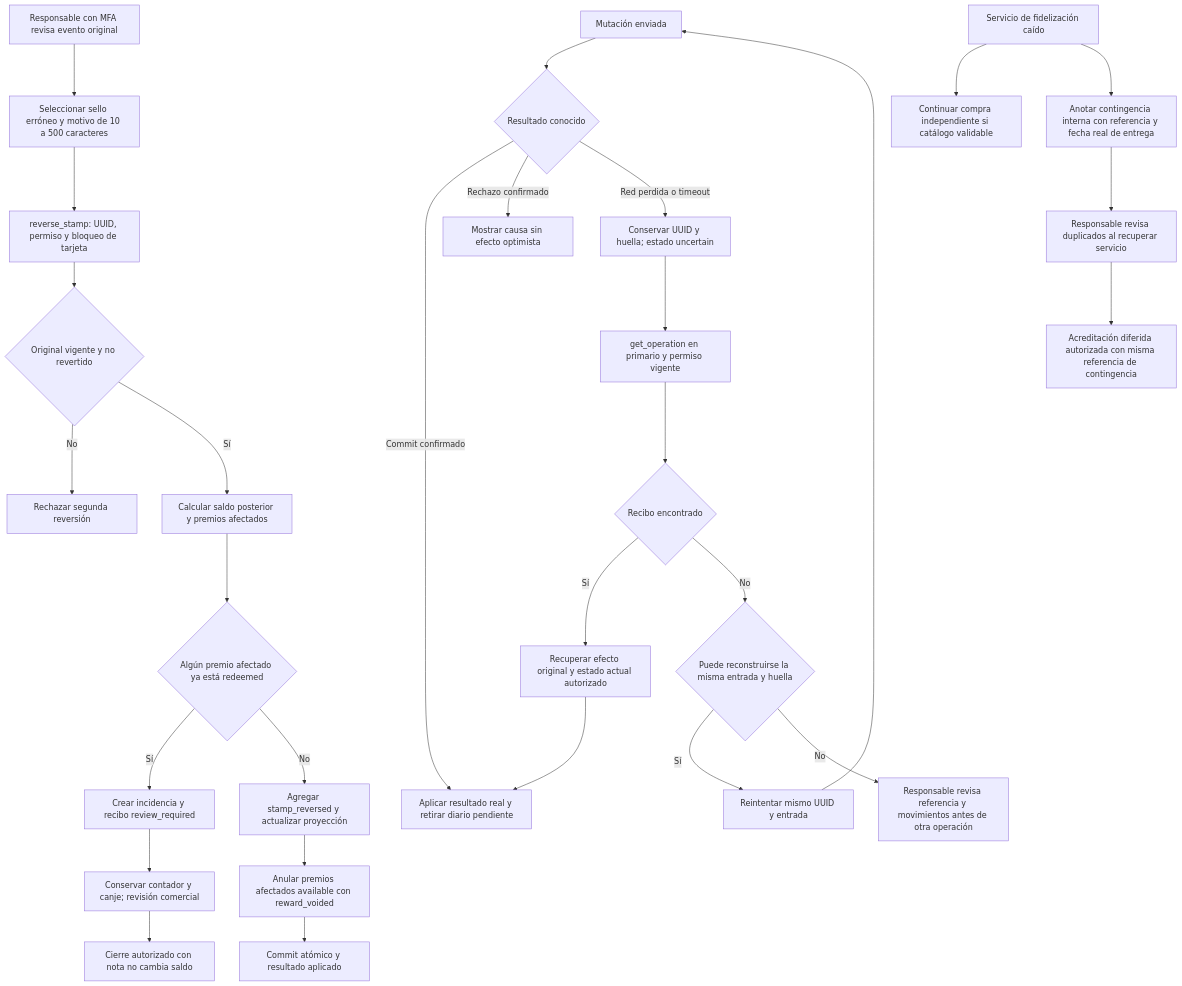
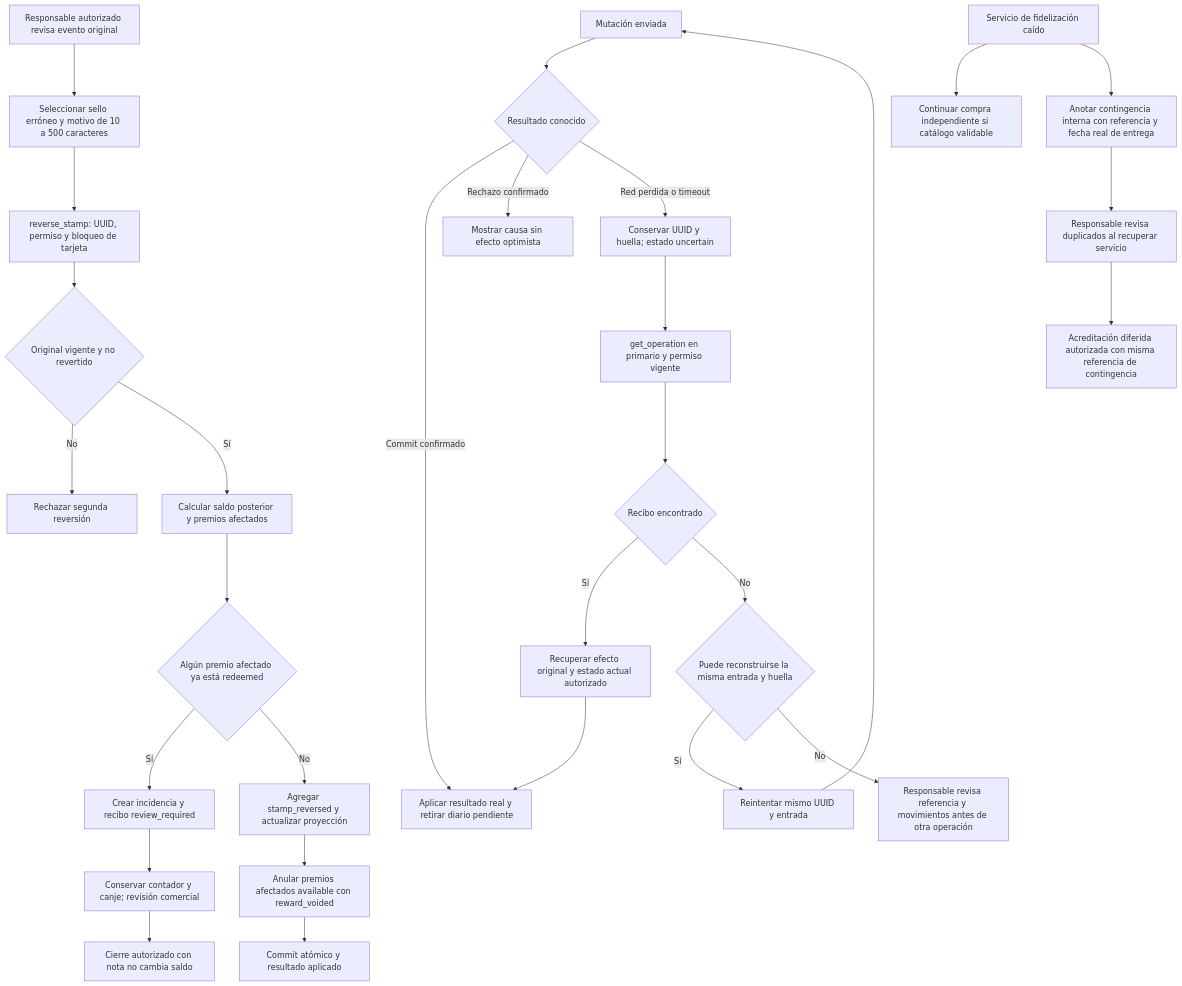
Before and after one commit to ZecarlosF07/fuegoybrasas: the fourth of 5 diagrams in docs/diseno-tecnico/11-diagrama-flujo.md, drawn with Mermaid. The commit also changed other lines of this file and 200 other files, not shown here.

````diff
--- a/docs/diseno-tecnico/11-diagrama-flujo.md
+++ b/docs/diseno-tecnico/11-diagrama-flujo.md
@@ -187,33 +189,33 @@
 ```mermaid
 flowchart TD
-    REVISAR[Responsable con MFA revisa evento original] --> MOTIVO[Seleccionar sello erróneo y motivo de 10 a 500 caracteres]
+    REVISAR[Responsable autorizado revisa evento original] --> MOTIVO[Seleccionar sello erróneo y motivo de 10 a 500 caracteres]
     MOTIVO --> REVERSION[reverse_stamp: UUID, permiso y bloqueo de tarjeta]
     REVERSION --> ORIGINAL{Original vigente y no revertido}
     ORIGINAL -->|No| DUPLICADO[Rechazar segunda reversión]
     ORIGINAL -->|Sí| CALCULAR[Calcular saldo posterior y premios afectados]
     CALCULAR --> CANJEADOS{Algún premio afectado ya está redeemed}
     CANJEADOS -->|Sí| REVIEW[Crear incidencia y recibo review_required]
     REVIEW --> SIN_CAMBIOS[Conservar contador y canje; revisión comercial]
     CANJEADOS -->|No| APLICAR[Agregar stamp_reversed y actualizar proyección]
     APLICAR --> ANULAR[Anular premios afectados available con reward_voided]
     ANULAR --> CONFIRMAR[Commit atómico y resultado aplicado]
     SIN_CAMBIOS --> NOTA[Cierre autorizado con nota no cambia saldo]
 
     ENVIO[Mutación enviada] --> RESPUESTA{Resultado conocido}
     RESPUESTA -->|Commit confirmado| EXITO[Aplicar resultado real y retirar diario pendiente]
     RESPUESTA -->|Rechazo confirmado| FALLO[Mostrar causa sin efecto optimista]
     RESPUESTA -->|Red perdida o timeout| INCIERTO[Conservar UUID y huella; estado uncertain]
     INCIERTO --> CONSULTAR[get_operation en primario y permiso vigente]
     CONSULTAR --> RECIBO{Recibo encontrado}
     RECIBO -->|Sí| RECUPERAR[Recuperar efecto original y estado actual autorizado]
     RECUPERAR --> EXITO
     RECIBO -->|No| MISMA_ENTRADA{Puede reconstruirse la misma entrada y huella}
     MISMA_ENTRADA -->|Sí| REINTENTO[Reintentar mismo UUID y entrada]
     REINTENTO --> ENVIO
     MISMA_ENTRADA -->|No| SUPERVISION[Responsable revisa referencia y movimientos antes de otra operación]
 
     CAIDA[Servicio de fidelización caído] --> COMPRA[Continuar compra independiente si catálogo validable]
     CAIDA --> REGISTRO[Anotar contingencia interna con referencia y fecha real de entrega]
     REGISTRO --> VOLVER[Responsable revisa duplicados al recuperar servicio]
     VOLVER --> DIFERIDO[Acreditación diferida autorizada con misma referencia de contingencia]
 ```
````
